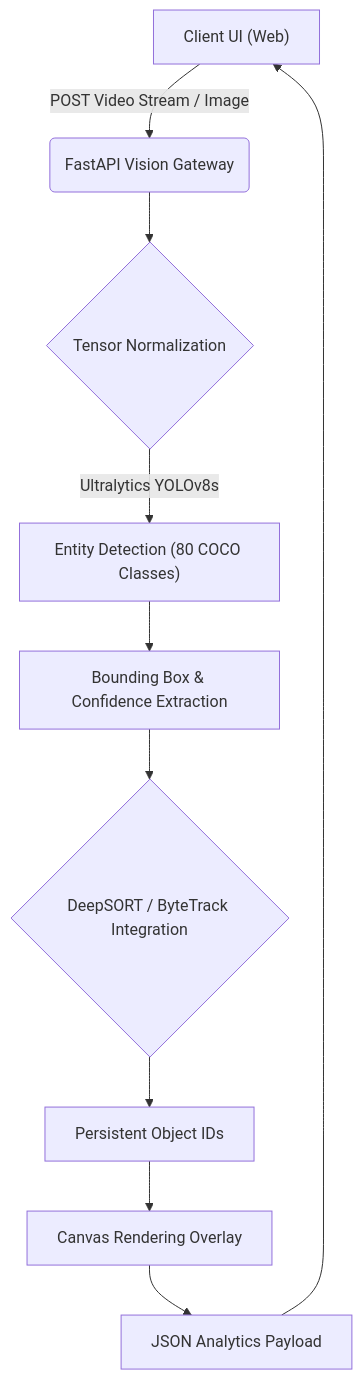
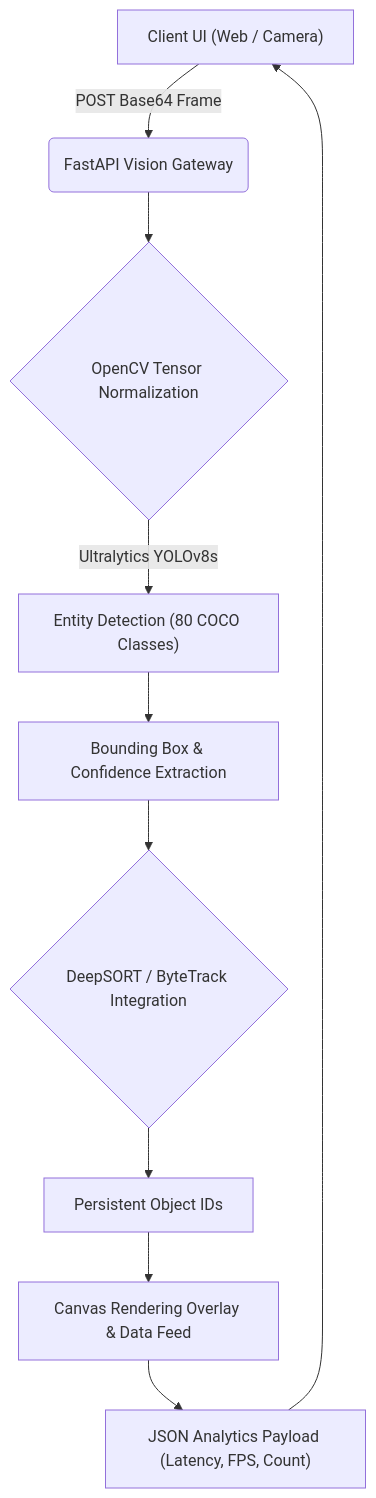
The diagram in README.md (lakshanmuruganandam/Aegis-Vision), drawn with Mermaid before and after one commit. The commit also changed other lines of this file and 3 other files, not shown here.

Commit message:
Enhance repository architecture: expand README, add unit tests structure

````diff
--- a/README.md
+++ b/README.md
@@ -37,12 +38,12 @@
 ```mermaid
 graph TD
-    A["Client UI (Web)"] -->|"POST Video Stream / Image"| B("FastAPI Vision Gateway")
-    B --> C{"Tensor Normalization"}
+    A["Client UI (Web / Camera)"] -->|"POST Base64 Frame"| B("FastAPI Vision Gateway")
+    B --> C{"OpenCV Tensor Normalization"}
     C -->|"Ultralytics YOLOv8s"| D["Entity Detection (80 COCO Classes)"]
     D --> E["Bounding Box & Confidence Extraction"]
     E --> F{"DeepSORT / ByteTrack Integration"}
     F --> G["Persistent Object IDs"]
-    G --> H["Canvas Rendering Overlay"]
-    H --> I["JSON Analytics Payload"]
+    G --> H["Canvas Rendering Overlay & Data Feed"]
+    H --> I["JSON Analytics Payload (Latency, FPS, Count)"]
     I --> A
 ```
````
